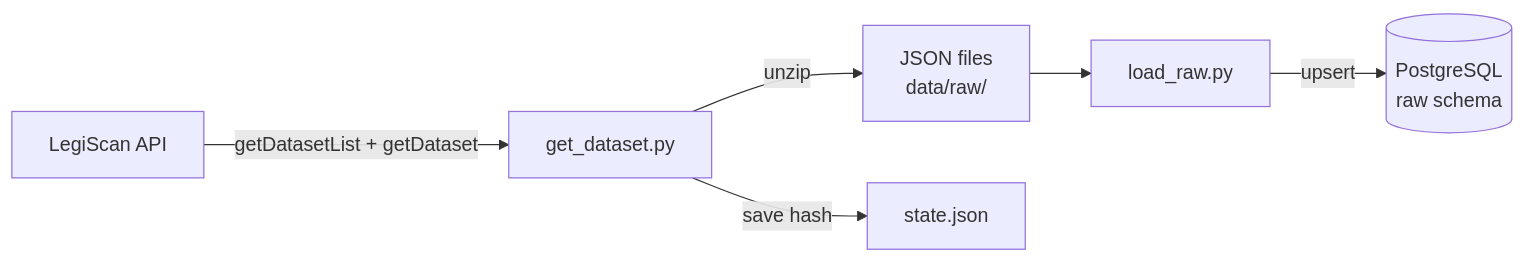
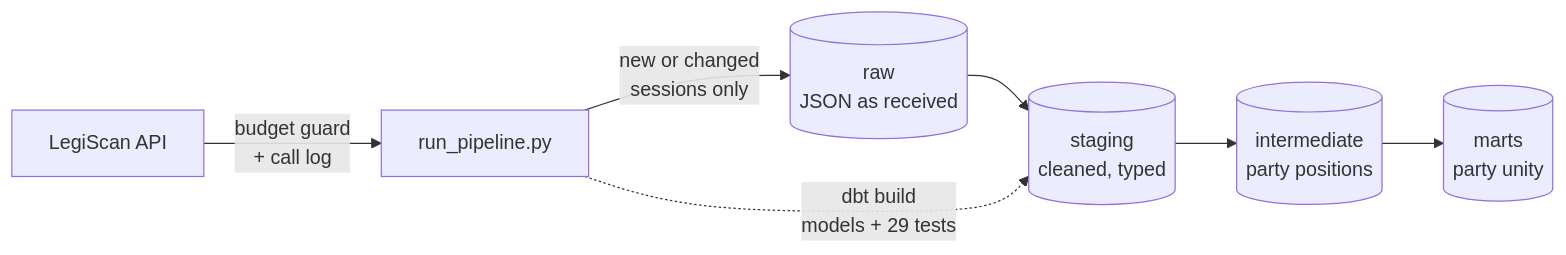
One commit to 777natalie/ok-legislative-tracker changed the diagram in README.md. Above: the diagram before and after it, drawn with Mermaid. The commit also changed other lines of this file and 5 other files, not shown here.

````diff
--- a/README.md
+++ b/README.md
@@ -16,8 +19,9 @@
 ```mermaid
 flowchart LR
-    A[LegiScan API] -->|getDatasetList + getDataset| B[get_dataset.py]
-    B -->|unzip| C[JSON files<br/>data/raw/]
-    B -->|save hash| S[state.json]
-    C --> D[load_raw.py]
-    D -->|upsert| E[(PostgreSQL<br/>raw schema)]
+    A[LegiScan API] -->|budget guard<br/>+ call log| B[run_pipeline.py]
+    B -->|new or changed<br/>sessions only| C[(raw<br/>JSON as received)]
+    C --> D[(staging<br/>cleaned, typed)]
+    D --> E[(intermediate<br/>party positions)]
+    E --> F[(marts<br/>party unity)]
+    B -.->|dbt build<br/>models + 29 tests| D
 ```
````
